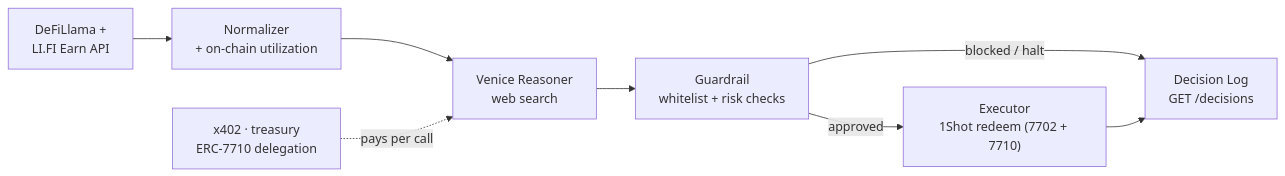
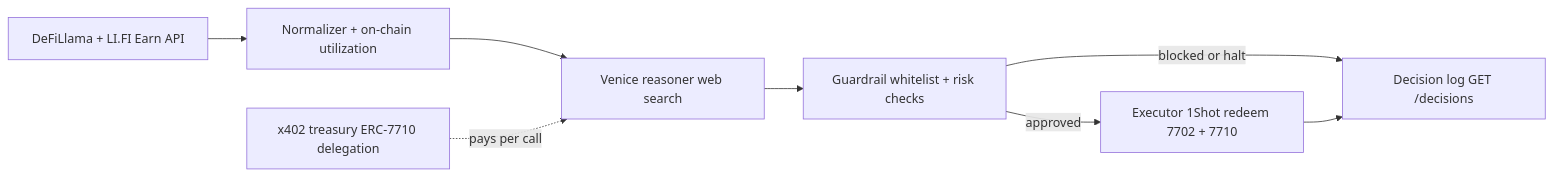
One commit to ClovaRepo/frontend changed the first of 2 diagrams in docs/ai-agent.md. Above: the diagram before and after it, drawn with Mermaid. The commit also changed other lines of this file and 8 other files, not shown here.

First line of the commit message:
docs: harden mermaid for GitBook renderer

````diff
--- a/docs/ai-agent.md
+++ b/docs/ai-agent.md
@@ -9,10 +9,10 @@
 ```mermaid
 flowchart LR
-  DL["DeFiLlama +<br/>LI.FI Earn API"] --> N["Normalizer<br/>+ on-chain utilization"]
-  N --> V["Venice Reasoner<br/>web search"]
-  V --> G["Guardrail<br/>whitelist + risk checks"]
-  G -->|"approved"| E["Executor<br/>1Shot redeem (7702 + 7710)"]
-  G -->|"blocked / halt"| LOG
-  E --> LOG["Decision Log<br/>GET /decisions"]
-  X["x402 · treasury<br/>ERC-7710 delegation"] -. "pays per call" .-> V
+  DL["DeFiLlama + LI.FI Earn API"] --> N["Normalizer + on-chain utilization"]
+  N --> V["Venice reasoner web search"]
+  V --> G["Guardrail whitelist + risk checks"]
+  G -->|approved| E["Executor 1Shot redeem 7702 + 7710"]
+  G -->|"blocked or halt"| LOG
+  E --> LOG["Decision log GET /decisions"]
+  X["x402 treasury ERC-7710 delegation"] -.->|pays per call| V
 ```
````
